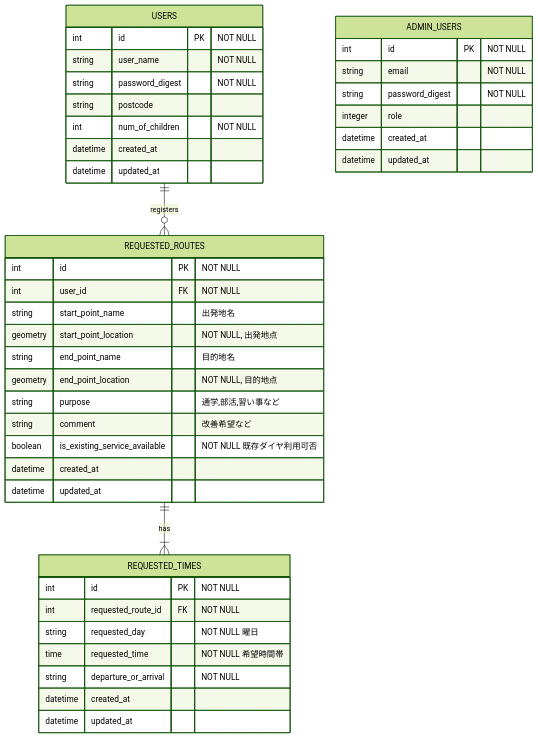
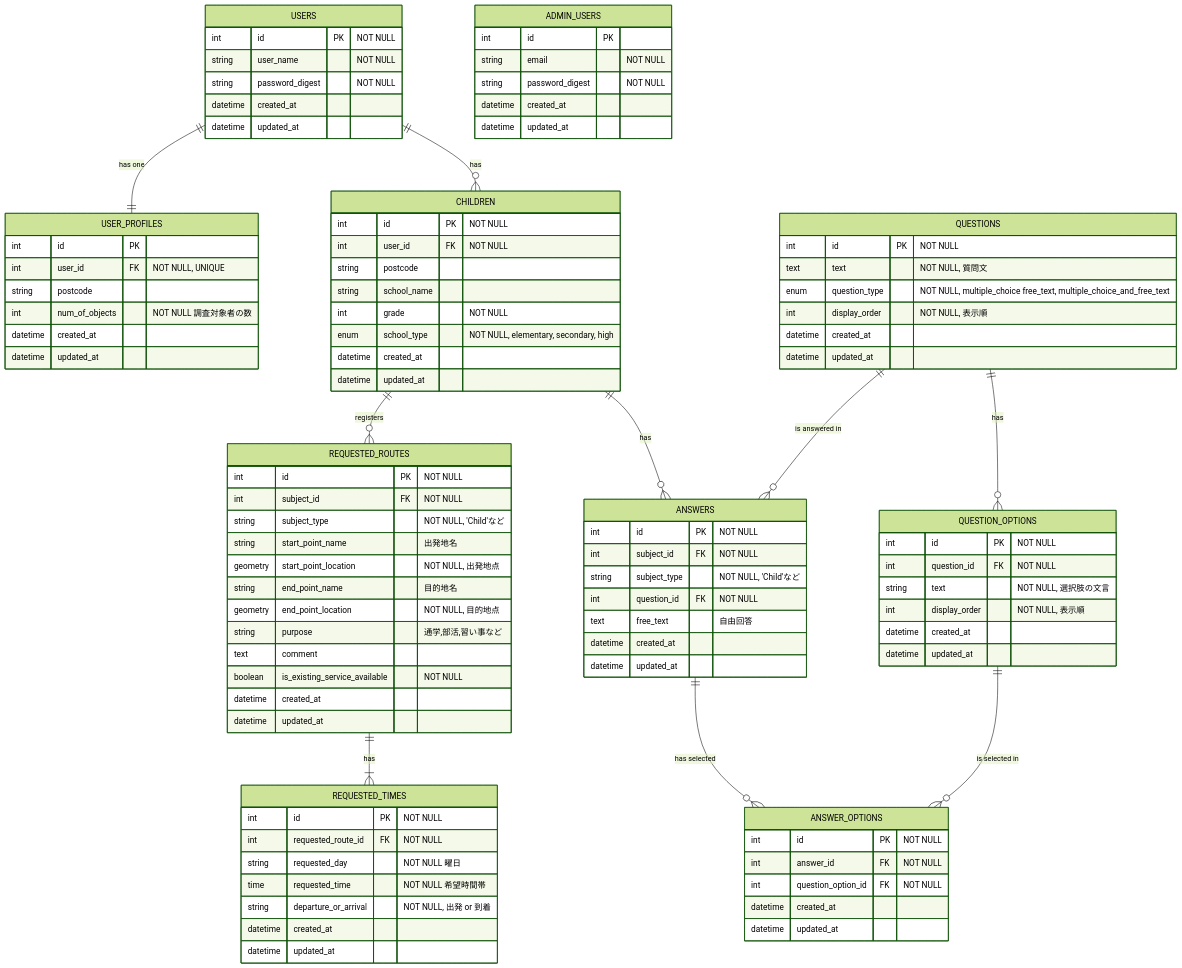
One commit to sachiurata/transportation changed the diagram in docs/ER図.md. Above: the diagram before and after it, drawn with Mermaid (forest theme). The commit also changed 12 other files, not shown here.

`````diff
--- a/docs/ER図.md
+++ b/docs/ER図.md
@@ -1,44 +1,109 @@
 ````mermaid
 erDiagram
-    USERS ||--o{ REQUESTED_ROUTES : "registers"
+    USERS ||--|| USER_PROFILES : "has one"
+    USERS ||--o{ CHILDREN : "has"
+    CHILDREN ||--o{ REQUESTED_ROUTES : "registers"
+    CHILDREN ||--o{ ANSWERS : "has"
     REQUESTED_ROUTES ||--|{ REQUESTED_TIMES : "has"
+    QUESTIONS ||--o{ QUESTION_OPTIONS : "has"
+    QUESTIONS ||--o{ ANSWERS : "is answered in"
+    ANSWERS ||--o{ ANSWER_OPTIONS : "has selected"
+    QUESTION_OPTIONS ||--o{ ANSWER_OPTIONS : "is selected in"
+
     ADMIN_USERS {
-        int id PK "NOT NULL"
+        int id PK
         string email "NOT NULL"
         string password_digest "NOT NULL"
-        integer role
         datetime created_at
         datetime updated_at
     }
+
     USERS {
         int id PK "NOT NULL"
         string user_name "NOT NULL"
         string password_digest "NOT NULL"
-        string postcode
-        int num_of_children "NOT NULL"
         datetime created_at
         datetime updated_at
     }
+
+    USER_PROFILES {
+        int id PK
+        int user_id FK "NOT NULL, UNIQUE"
+        string postcode
+        int num_of_objects "NOT NULL 調査対象者の数"
+        datetime created_at
+        datetime updated_at
+    }
+
+    CHILDREN {
+        int id PK "NOT NULL"
+        int user_id FK "NOT NULL"
+        string postcode
+        string school_name
+        int grade "NOT NULL"
+        enum school_type "NOT NULL, elementary, secondary, high"
+        datetime created_at
+        datetime updated_at
+    }
+
     REQUESTED_ROUTES {
         int id PK "NOT NULL"
-        int user_id FK "NOT NULL"
+        int subject_id FK "NOT NULL"
+        string subject_type "NOT NULL, 'Child'など"
         string start_point_name "出発地名"
         geometry start_point_location "NOT NULL, 出発地点"
         string end_point_name "目的地名"
         geometry end_point_location "NOT NULL, 目的地点"
         string purpose "通学,部活,習い事など"
-        string comment "改善希望など"
-        boolean is_existing_service_available "NOT NULL 既存ダイヤ利用可否"
+        text comment 
+        boolean is_existing_service_available "NOT NULL"
         datetime created_at
         datetime updated_at
     }
+
     REQUESTED_TIMES {
        int id PK "NOT NULL"
        int requested_route_id FK "NOT NULL"
        string requested_day "NOT NULL 曜日"
        time requested_time "NOT NULL 希望時間帯"
-       string departure_or_arrival "NOT NULL"
+       string departure_or_arrival "NOT NULL, 出発 or 到着"
        datetime created_at
        datetime updated_at
     }
+
+    QUESTIONS {
+        int id PK "NOT NULL"
+        text text "NOT NULL, 質問文"
+        enum question_type "NOT NULL, multiple_choice free_text, multiple_choice_and_free_text"
+        int display_order "NOT NULL, 表示順"
+        datetime created_at
+        datetime updated_at
+    }
+
+    QUESTION_OPTIONS {
+        int id PK "NOT NULL"
+        int question_id FK "NOT NULL"
+        string text "NOT NULL, 選択肢の文言"
+        int display_order "NOT NULL, 表示順"
+        datetime created_at
+        datetime updated_at
+    }
+
+    ANSWERS {
+        int id PK "NOT NULL"
+        int subject_id FK "NOT NULL"
+        string subject_type "NOT NULL, 'Child'など"
+        int question_id FK "NOT NULL"
+        text free_text "自由回答"
+        datetime created_at
+        datetime updated_at
+    }
+
+    ANSWER_OPTIONS {
+        int id PK "NOT NULL"
+        int answer_id FK "NOT NULL"
+        int question_option_id FK "NOT NULL"
+        datetime created_at
+        datetime updated_at
+    }
 ````
`````
